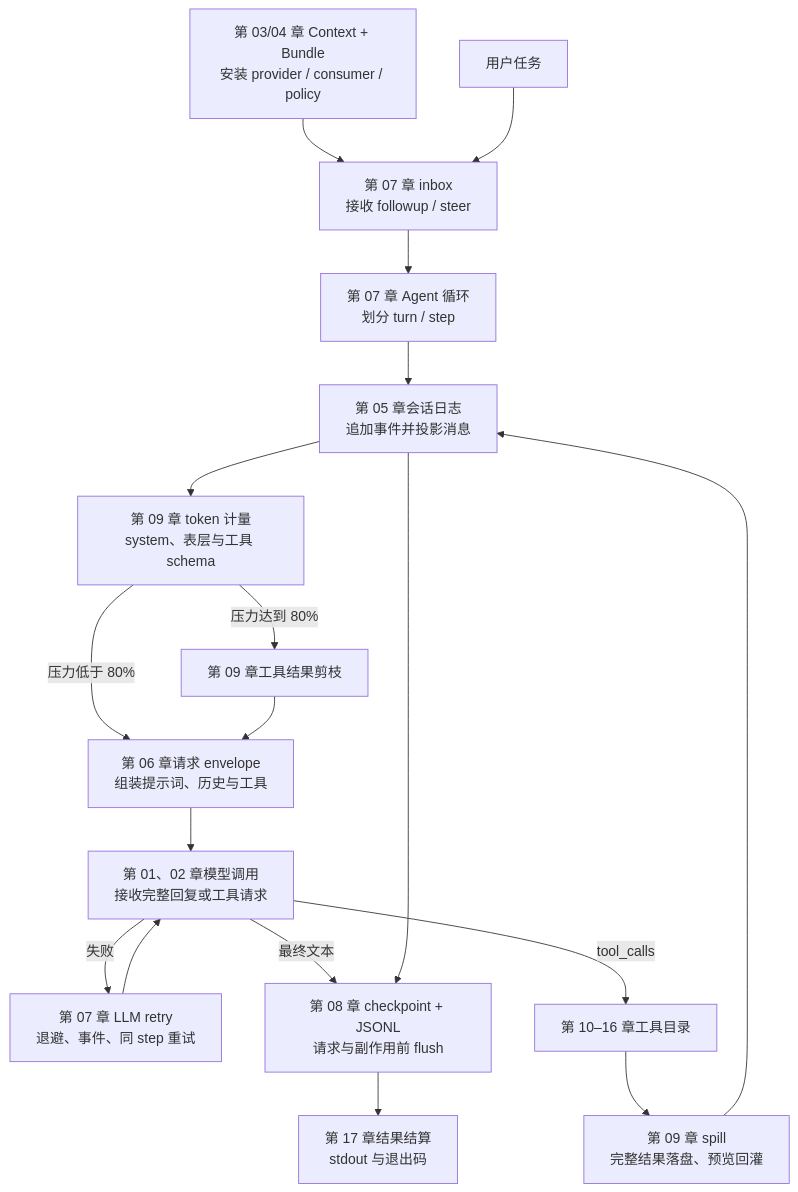
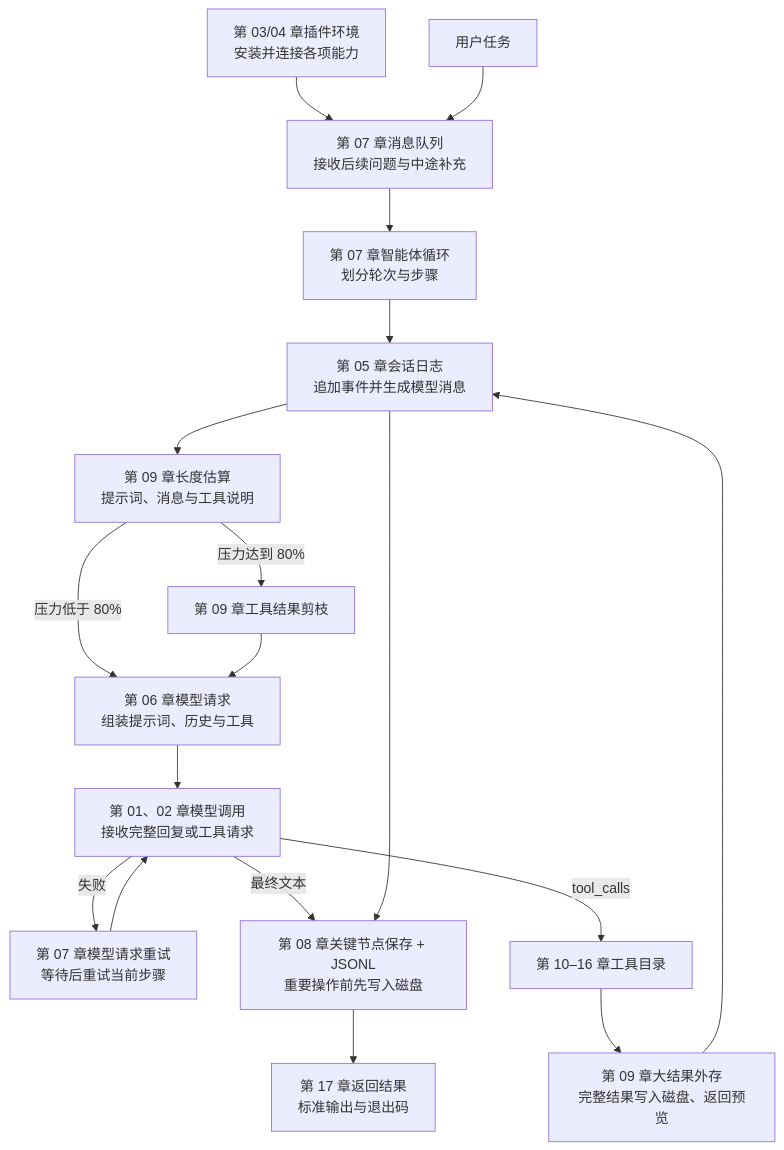
The diagram in README.md (warmsum/mini-harness), drawn with Mermaid before and after one commit. The commit also changed other lines of this file and 17 other files, not shown here.

````diff
--- a/README.md
+++ b/README.md
@@ -135,20 +135,20 @@
 ```mermaid
 flowchart TB
-    BUNDLE[第 03/04 章 Context + Bundle<br>安装 provider / consumer / policy] --> INBOX
-    TASK[用户任务] --> INBOX[第 07 章 inbox<br>接收 followup / steer]
-    INBOX --> LOOP[第 07 章 Agent 循环<br>划分 turn / step]
-    LOOP --> LOG[第 05 章会话日志<br>追加事件并投影消息]
-    LOG --> METER[第 09 章 token 计量<br>system、表层与工具 schema]
-    METER -->|压力低于 80%| ENV[第 06 章请求 envelope<br>组装提示词、历史与工具]
+    BUNDLE[第 03/04 章插件环境<br>安装并连接各项能力] --> INBOX
+    TASK[用户任务] --> INBOX[第 07 章消息队列<br>接收后续问题与中途补充]
+    INBOX --> LOOP[第 07 章智能体循环<br>划分轮次与步骤]
+    LOOP --> LOG[第 05 章会话日志<br>追加事件并生成模型消息]
+    LOG --> METER[第 09 章长度估算<br>提示词、消息与工具说明]
+    METER -->|压力低于 80%| ENV[第 06 章模型请求<br>组装提示词、历史与工具]
     METER -->|压力达到 80%| PRUNE[第 09 章工具结果剪枝]
     PRUNE --> ENV
     ENV --> CALL[第 01、02 章模型调用<br>接收完整回复或工具请求]
-    CALL -->|失败| RETRY[第 07 章 LLM retry<br>退避、事件、同 step 重试]
+    CALL -->|失败| RETRY[第 07 章模型请求重试<br>等待后重试当前步骤]
     RETRY --> CALL
     CALL -->|最终文本| PERSIST
     CALL -->|tool_calls| TOOLS[第 10–16 章工具目录]
-    TOOLS --> SPILL[第 09 章 spill<br>完整结果落盘、预览回灌]
+    TOOLS --> SPILL[第 09 章大结果外存<br>完整结果写入磁盘、返回预览]
     SPILL --> LOG
-    LOG --> PERSIST[第 08 章 checkpoint + JSONL<br>请求与副作用前 flush]
-    PERSIST --> OUT[第 17 章结果结算<br>stdout 与退出码]
+    LOG --> PERSIST[第 08 章关键节点保存 + JSONL<br>重要操作前先写入磁盘]
+    PERSIST --> OUT[第 17 章返回结果<br>标准输出与退出码]
 ```
````
